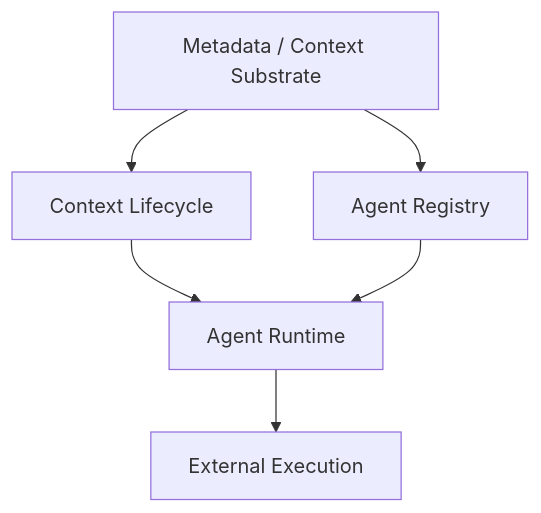
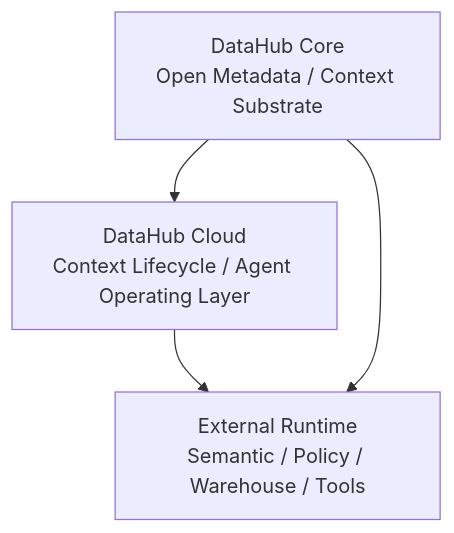
One commit to XiaoWeiKIN/datahub-research changed the diagram in docs/product-mapping/README.md. Above: the diagram before and after it, drawn with Mermaid. The commit also changed other lines of this file, not shown here.

Commit message:
docs: complete product mapping with OSS vs Cloud boundary

```diff
--- a/docs/product-mapping/README.md
+++ b/docs/product-mapping/README.md
@@ -22,14 +21,9 @@
 ~~~mermaid
 flowchart TB
-    SUB[Metadata / Context Substrate]
-    LIFE[Context Lifecycle]
-    REG[Agent Registry]
-    RUN[Agent Runtime]
-    EXT[External Execution]
+    CORE[DataHub Core<br/>Open Metadata / Context Substrate]
+    CLOUD[DataHub Cloud<br/>Context Lifecycle / Agent Operating Layer]
+    EXT[External Runtime<br/>Semantic / Policy / Warehouse / Tools]
 
-    SUB --> LIFE
-    SUB --> REG
-    LIFE --> RUN
-    REG --> RUN
-    RUN --> EXT
+    CORE --> CLOUD --> EXT
+    CORE --> EXT
 ~~~
```
